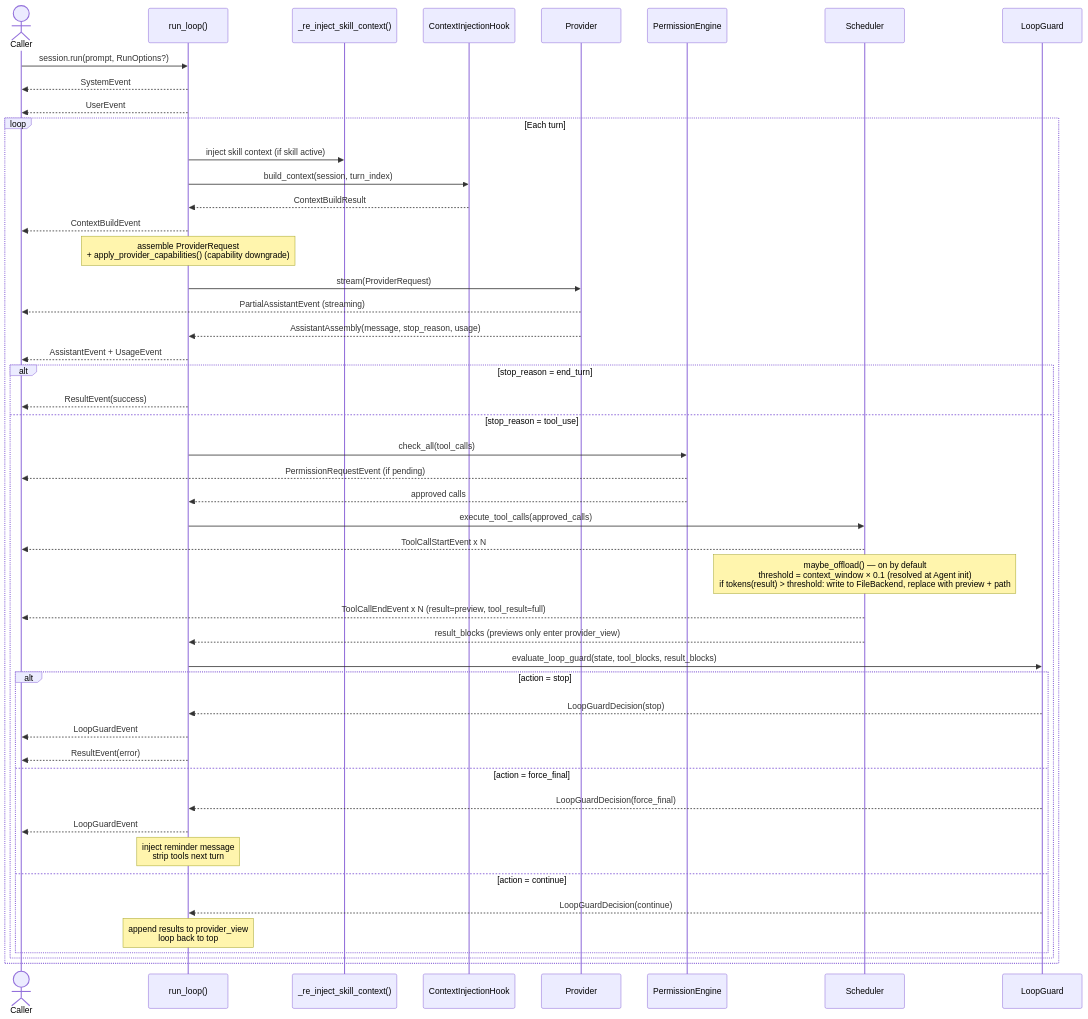
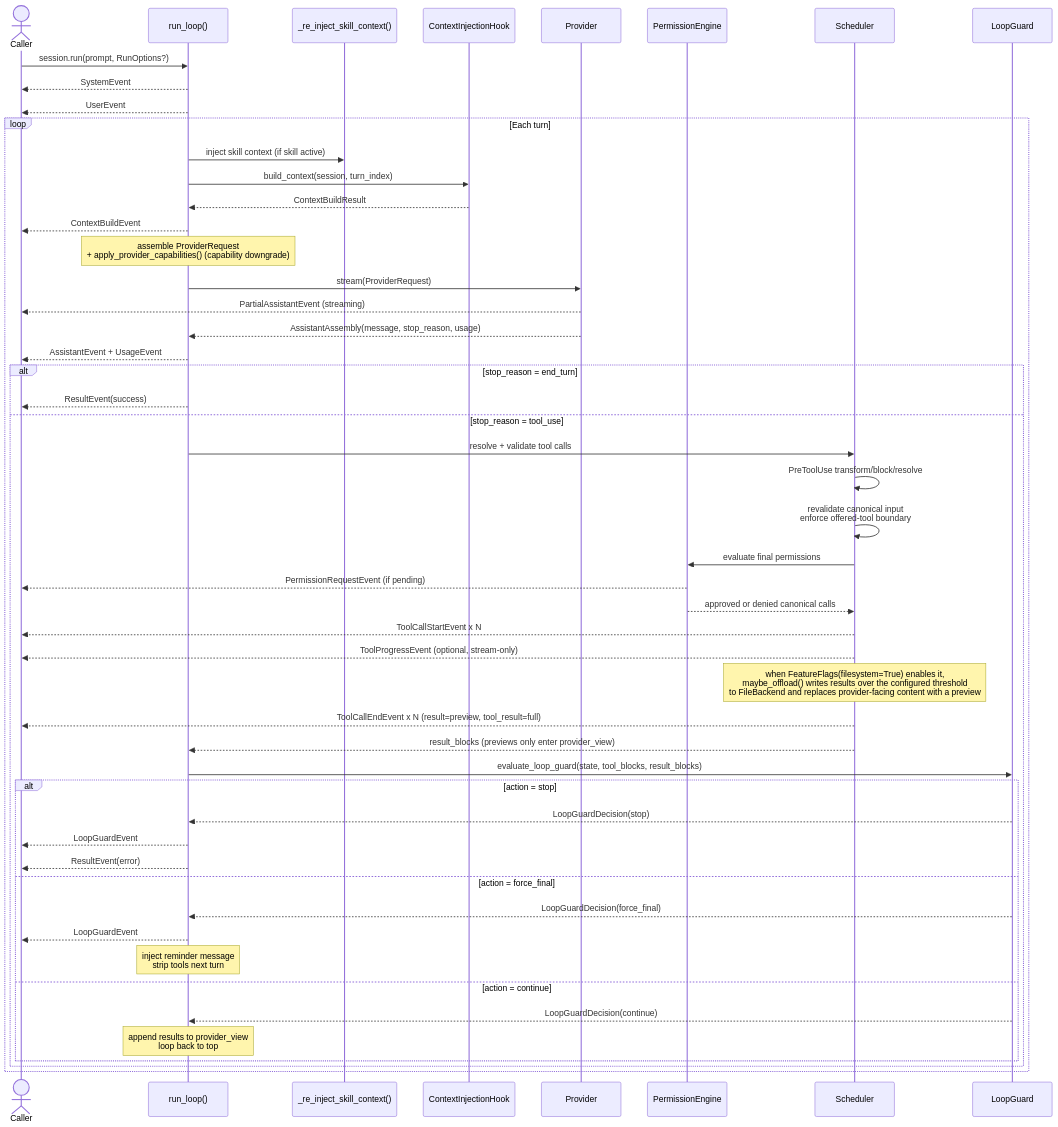
Before and after one commit to DuyTa506/linch: the diagram in docs/architecture/turn-lifecycle.md, drawn with Mermaid. The commit also changed other lines of this file and 83 other files, not shown here.

````diff
--- a/docs/architecture/turn-lifecycle.md
+++ b/docs/architecture/turn-lifecycle.md
@@ -7,59 +7,62 @@
 ```mermaid
 sequenceDiagram
     actor Caller
     participant RL as run_loop()
     participant SK as _re_inject_skill_context()
     participant CB as ContextInjectionHook
     participant PR as Provider
     participant PE as PermissionEngine
     participant SC as Scheduler
     participant LG as LoopGuard
 
     Caller->>RL: session.run(prompt, RunOptions?)
     RL-->>Caller: SystemEvent
     RL-->>Caller: UserEvent
 
     loop Each turn
         RL->>SK: inject skill context (if skill active)
         RL->>CB: build_context(session, turn_index)
         CB-->>RL: ContextBuildResult
         RL-->>Caller: ContextBuildEvent
 
         Note over RL: assemble ProviderRequest<br/>+ apply_provider_capabilities() (capability downgrade)
 
         RL->>PR: stream(ProviderRequest)
         PR-->>Caller: PartialAssistantEvent (streaming)
         PR-->>RL: AssistantAssembly(message, stop_reason, usage)
 
         RL-->>Caller: AssistantEvent + UsageEvent
 
         alt stop_reason = end_turn
             RL-->>Caller: ResultEvent(success)
         else stop_reason = tool_use
-            RL->>PE: check_all(tool_calls)
+            RL->>SC: resolve + validate tool calls
+            SC->>SC: PreToolUse transform/block/resolve
+            SC->>SC: revalidate canonical input<br/>enforce offered-tool boundary
+            SC->>PE: evaluate final permissions
             PE-->>Caller: PermissionRequestEvent (if pending)
-            PE-->>RL: approved calls
+            PE-->>SC: approved or denied canonical calls
 
-            RL->>SC: execute_tool_calls(approved_calls)
             SC-->>Caller: ToolCallStartEvent x N
-            Note over SC: maybe_offload() — on by default<br/>threshold = context_window × 0.1 (resolved at Agent init)<br/>if tokens(result) > threshold: write to FileBackend, replace with preview + path
+            SC-->>Caller: ToolProgressEvent (optional, stream-only)
+            Note over SC: when FeatureFlags(filesystem=True) enables it,<br/>maybe_offload() writes results over the configured threshold<br/>to FileBackend and replaces provider-facing content with a preview
             SC-->>Caller: ToolCallEndEvent x N (result=preview, tool_result=full)
             SC-->>RL: result_blocks (previews only enter provider_view)
 
             RL->>LG: evaluate_loop_guard(state, tool_blocks, result_blocks)
 
             alt action = stop
                 LG-->>RL: LoopGuardDecision(stop)
                 RL-->>Caller: LoopGuardEvent
                 RL-->>Caller: ResultEvent(error)
             else action = force_final
                 LG-->>RL: LoopGuardDecision(force_final)
                 RL-->>Caller: LoopGuardEvent
                 Note over RL: inject reminder message<br/>strip tools next turn
             else action = continue
                 LG-->>RL: LoopGuardDecision(continue)
                 Note over RL: append results to provider_view<br/>loop back to top
             end
         end
     end
 ```
````
